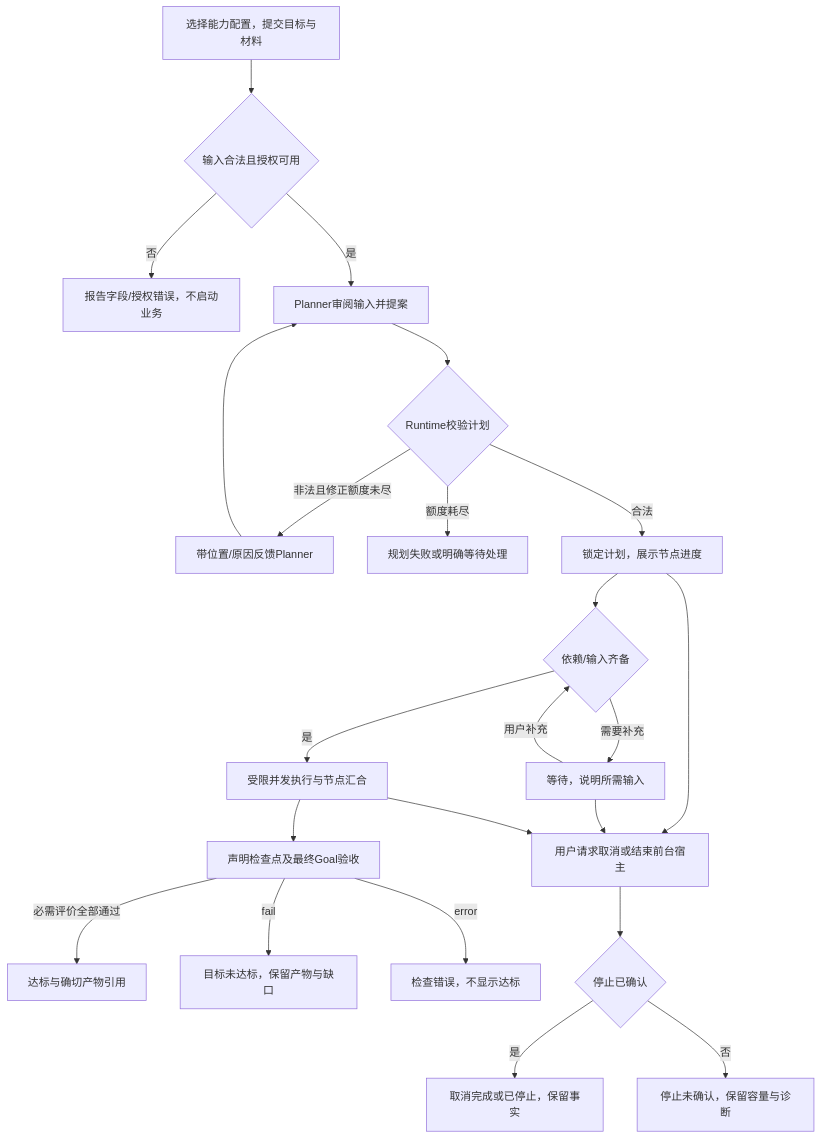
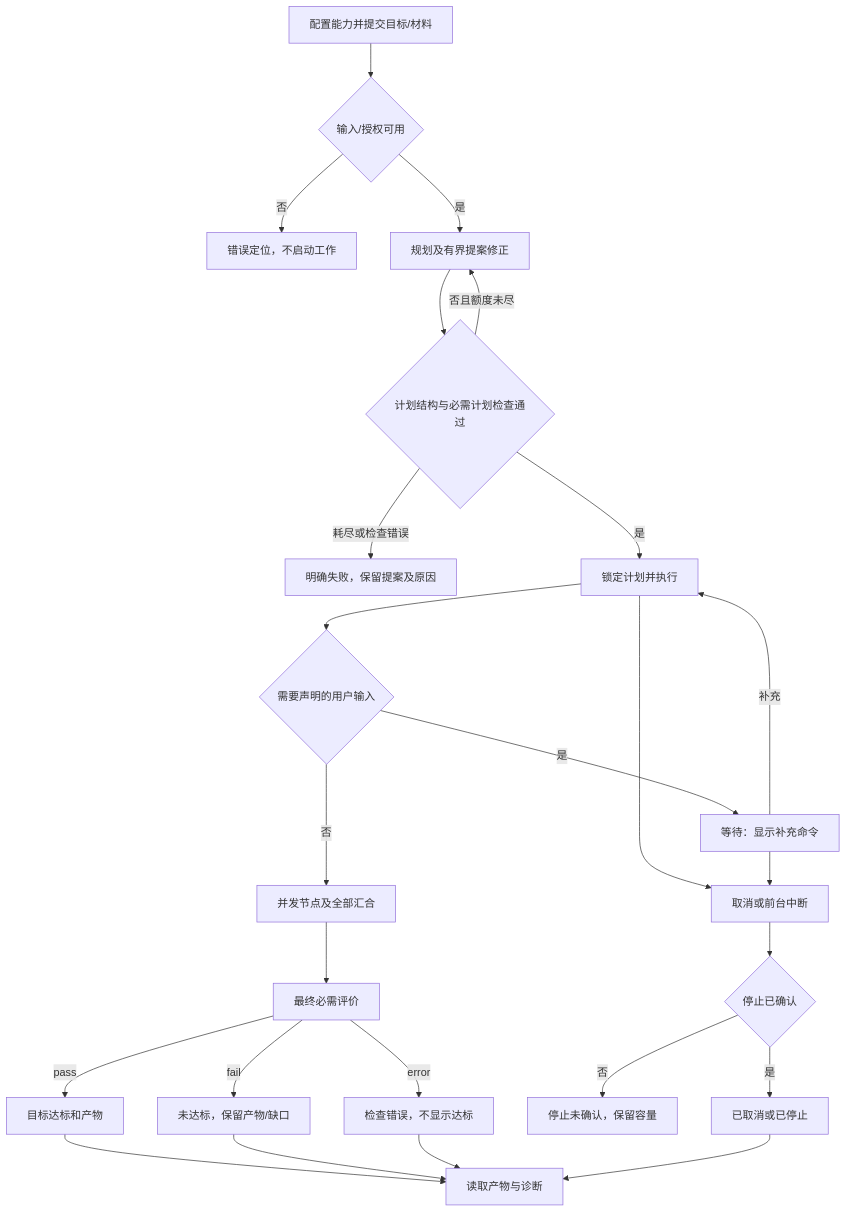
Before and after one commit to xforce-io/taskloop: the first of 2 diagrams in docs/design/10-goal-dag-orchestration.md, drawn with Mermaid. The commit also changed other lines of this file and 5 other files, not shown here.

````diff
--- a/docs/design/10-goal-dag-orchestration.md
+++ b/docs/design/10-goal-dag-orchestration.md
@@ -31,25 +47,27 @@
 ```mermaid
 flowchart TD
- A[选择能力配置，提交目标与材料] --> B{输入合法且授权可用}
- B -->|否| C[报告字段/授权错误，不启动业务]
- B -->|是| D[Planner审阅输入并提案]
- D --> E{Runtime校验计划}
- E -->|非法且修正额度未尽| F[带位置/原因反馈Planner]
- F --> D
- E -->|额度耗尽| G[规划失败或明确等待处理]
- E -->|合法| H[锁定计划，展示节点进度]
- H --> I{依赖/输入齐备}
- I -->|需要补充| J[等待，说明所需输入]
- J -->|用户补充| I
- I -->|是| K[受限并发执行与节点汇合]
- K --> L[声明检查点及最终Goal验收]
- L -->|必需评价全部通过| M[达标与确切产物引用]
- L -->|fail| N[目标未达标，保留产物与缺口]
- L -->|error| O[检查错误，不显示达标]
- H --> P[用户请求取消或结束前台宿主]
- J --> P
- K --> P
- P --> Q{停止已确认}
- Q -->|是| R[取消完成或已停止，保留事实]
- Q -->|否| S[停止未确认，保留容量与诊断]
+ A[配置能力并提交目标/材料] --> B{输入/授权可用}
+ B -->|否| X[错误定位，不启动工作]
+ B -->|是| P[规划及有界提案修正]
+ P --> V{计划结构与必需计划检查通过}
+ V -->|否且额度未尽| P
+ V -->|耗尽或检查错误| F[明确失败，保留提案及原因]
+ V -->|是| L[锁定计划并执行]
+ L --> W{需要声明的用户输入}
+ W -->|是| I[等待：显示补充命令]
+ I -->|补充| L
+ W -->|否| N[并发节点及全部汇合]
+ N --> E[最终必需评价]
+ E -->|pass| S[目标达标和产物]
+ E -->|fail| U[未达标，保留产物/缺口]
+ E -->|error| R[检查错误，不显示达标]
+ L --> C[取消或前台中断]
+ I --> C
+ C --> T{停止已确认}
+ T -->|否| O[停止未确认，保留容量]
+ T -->|是| H[已取消或已停止]
+ S --> D[读取产物与诊断]
+ U --> D
+ R --> D
+ H --> D
 ```
````
